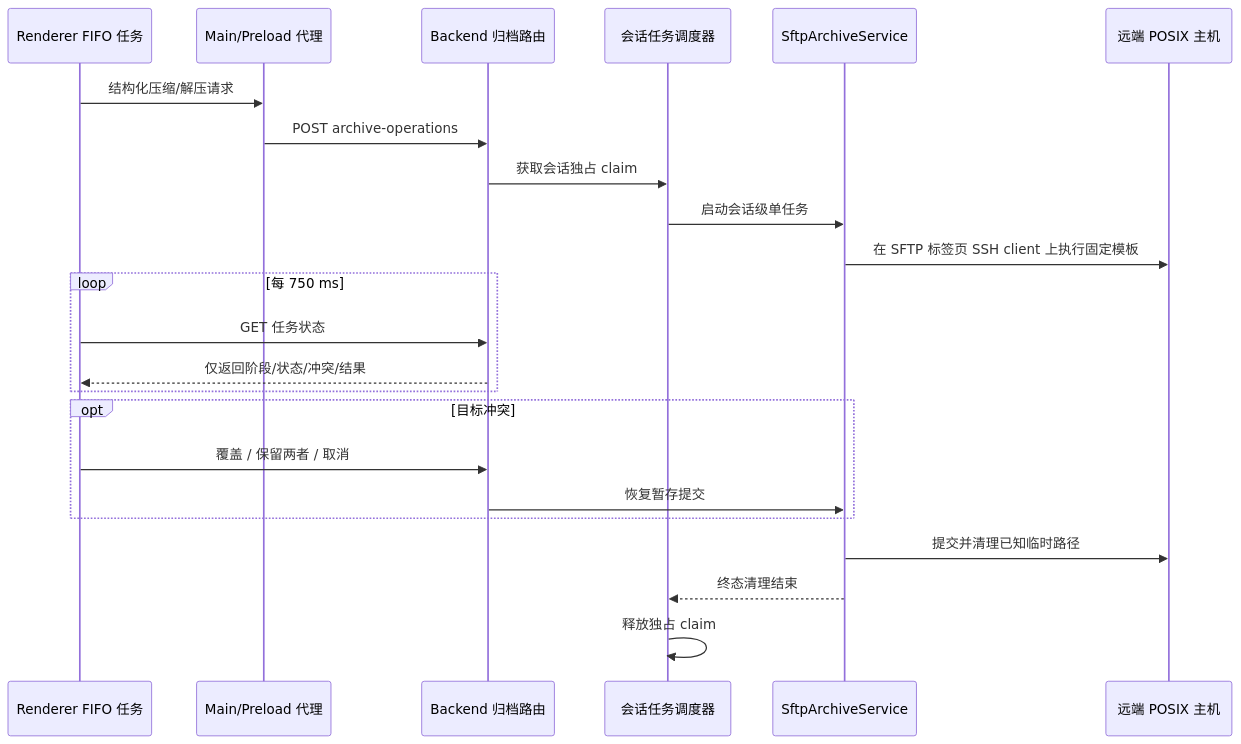
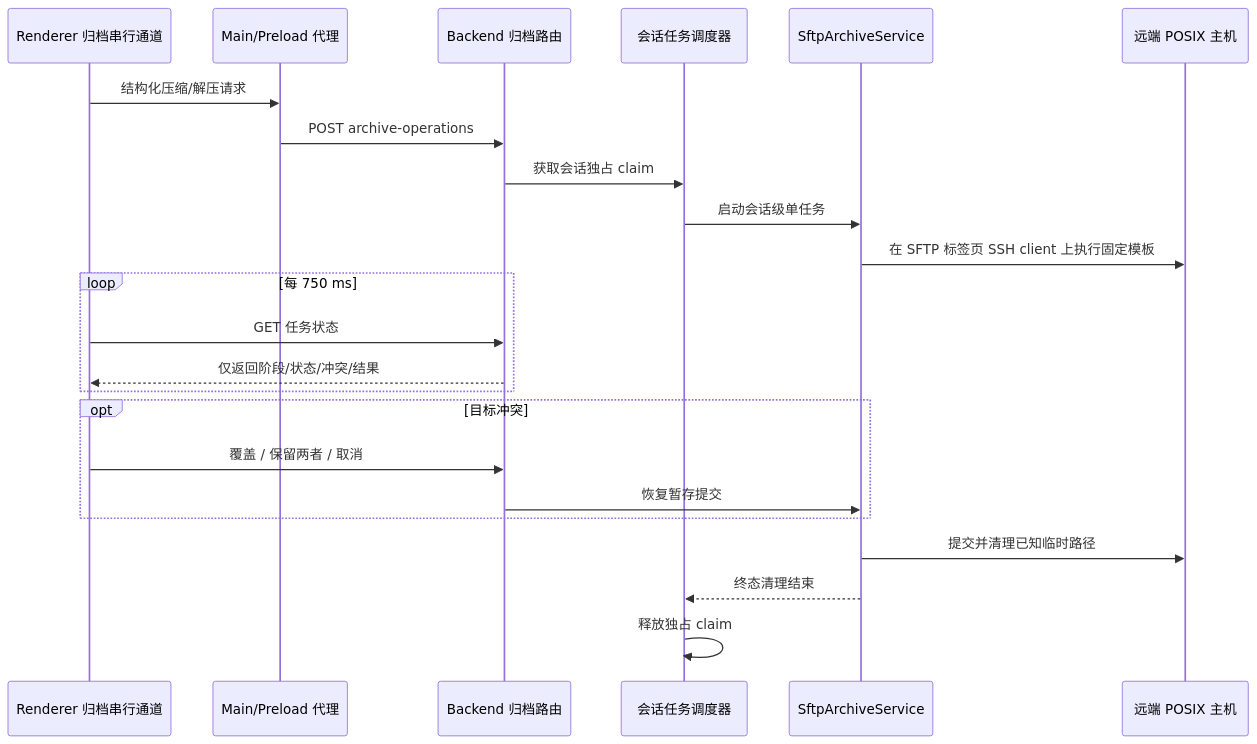
One commit to XYZ1024-alt/Cosmosh changed the ninth of 14 diagrams in docs/zh-CN/developer/core/architecture.md. Above: the diagram before and after it, drawn with Mermaid. The commit also changed other lines of this file and 27 other files, not shown here.

````diff
--- a/docs/zh-CN/developer/core/architecture.md
+++ b/docs/zh-CN/developer/core/architecture.md
@@ -353,26 +353,26 @@
 ```mermaid
 sequenceDiagram
-  participant UI as Renderer FIFO 任务
+  participant UI as Renderer 归档串行通道
   participant MP as Main/Preload 代理
   participant API as Backend 归档路由
   participant SCH as 会话任务调度器
   participant AS as SftpArchiveService
   participant RH as 远端 POSIX 主机
 
   UI->>MP: 结构化压缩/解压请求
   MP->>API: POST archive-operations
   API->>SCH: 获取会话独占 claim
   SCH->>AS: 启动会话级单任务
   AS->>RH: 在 SFTP 标签页 SSH client 上执行固定模板
   loop 每 750 ms
     UI->>API: GET 任务状态
     API-->>UI: 仅返回阶段/状态/冲突/结果
   end
   opt 目标冲突
     UI->>API: 覆盖 / 保留两者 / 取消
     API->>AS: 恢复暂存提交
   end
   AS->>RH: 提交并清理已知临时路径
   AS-->>SCH: 终态清理结束
   SCH->>SCH: 释放独占 claim
 ```
````
